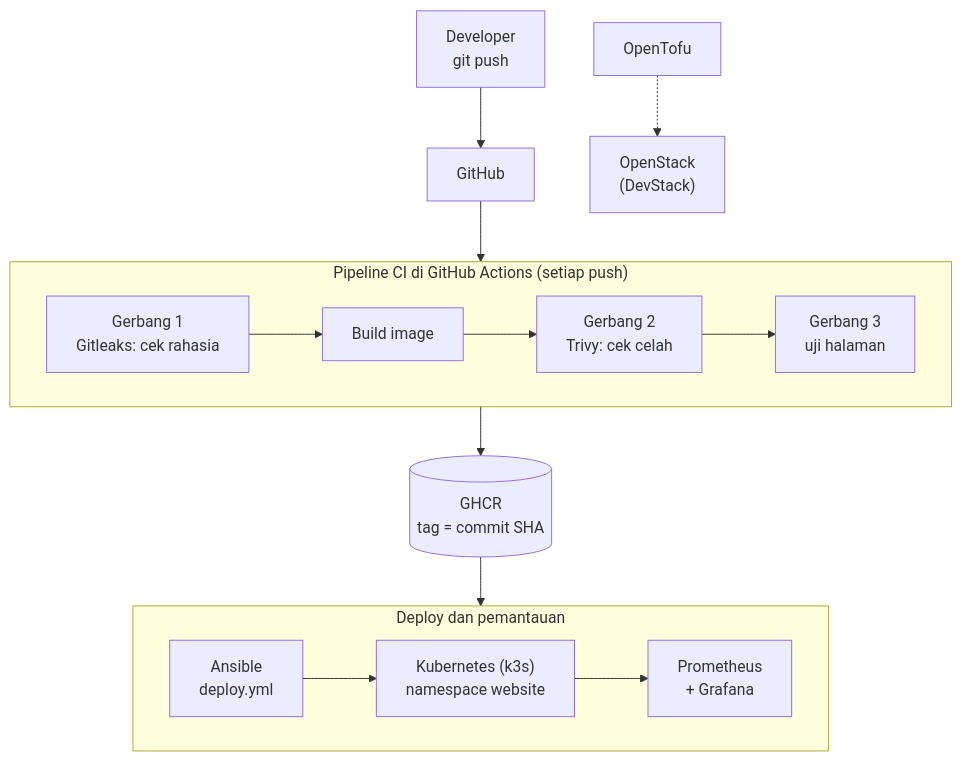
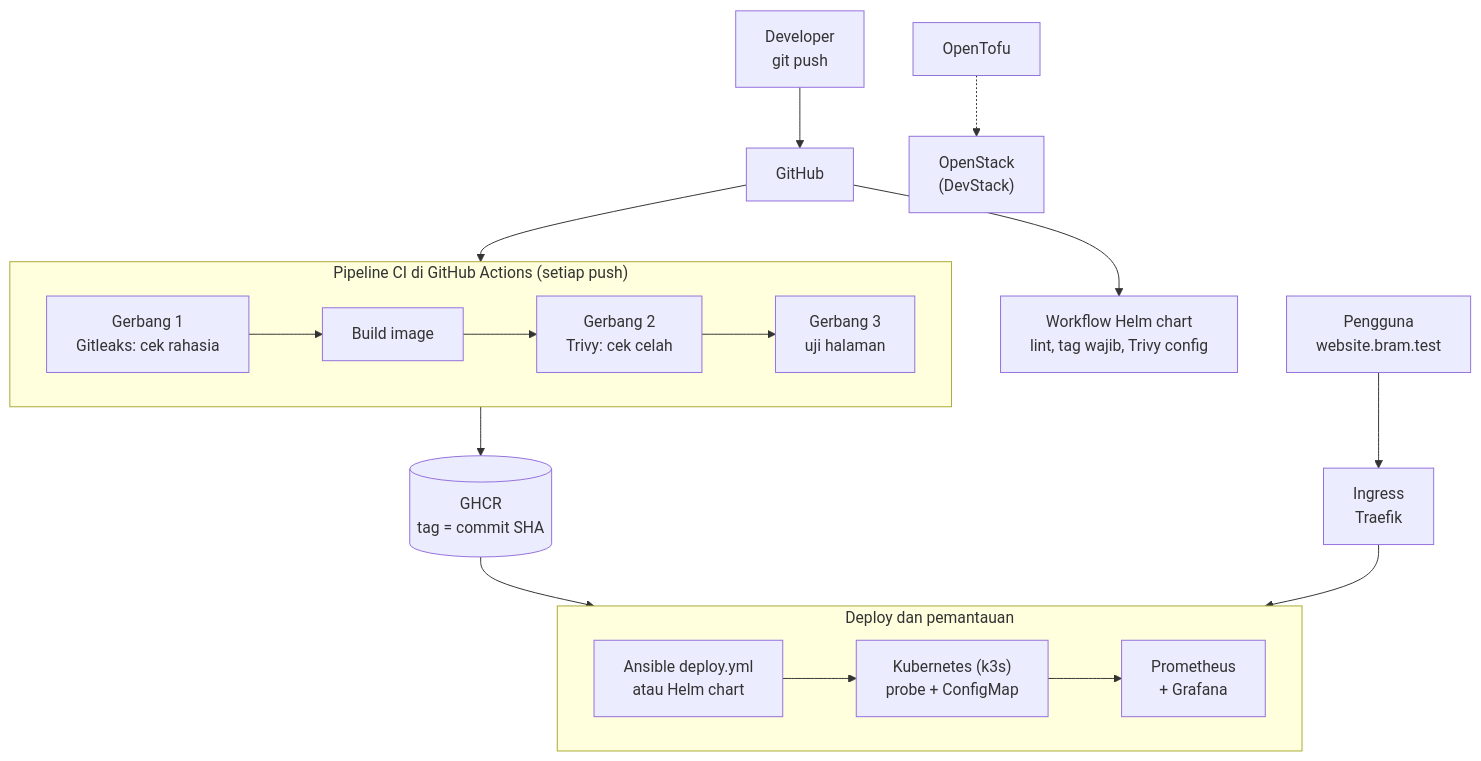
The diagram in README.md (Bram-02/devops-website-bram), drawn with Mermaid before and after one commit. The commit also changed other lines of this file, not shown here.

Commit message:
README: probe, ConfigMap, Ingress, Helm, dan gerbang CI chart

````diff
--- a/README.md
+++ b/README.md
@@ -15,23 +16,26 @@
 ```mermaid
 flowchart TB
     dev["Developer<br/>git push"] --> gh["GitHub"]
     gh --> CI
+    gh --> HC["Workflow Helm chart<br/>lint, tag wajib, Trivy config"]
 
     subgraph CI["Pipeline CI di GitHub Actions (setiap push)"]
         direction LR
         g1["Gerbang 1<br/>Gitleaks: cek rahasia"] --> b["Build image"]
         b --> g2["Gerbang 2<br/>Trivy: cek celah"]
         g2 --> g3["Gerbang 3<br/>uji halaman"]
     end
 
     CI --> reg[("GHCR<br/>tag = commit SHA")]
 
     subgraph CD["Deploy dan pemantauan"]
         direction LR
-        ans["Ansible<br/>deploy.yml"] --> k3s["Kubernetes (k3s)<br/>namespace website"]
+        ans["Ansible deploy.yml<br/>atau Helm chart"] --> k3s["Kubernetes (k3s)<br/>probe + ConfigMap"]
         k3s --> mon["Prometheus<br/>+ Grafana"]
     end
 
     reg --> ans
+    user["Pengguna<br/>website.bram.test"] --> ing["Ingress<br/>Traefik"]
+    ing --> k3s
     tofu["OpenTofu"] -.-> os["OpenStack<br/>(DevStack)"]
 ```
````
